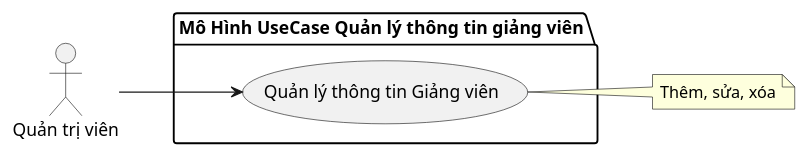
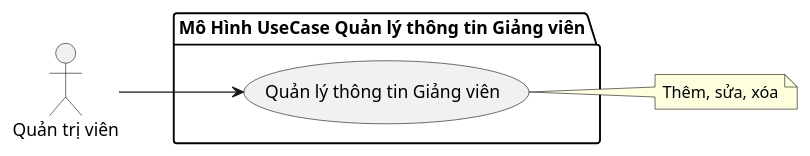
Before and after one commit to NhanNguyen1152/_EduSystem: the diagram in Diagrams/uc_detail_ad_qlttgv.plantuml, drawn with PlantUML. The commit also changed 3 other files, not shown here.

Commit message:
final lan 1 modify diagram

```diff
--- a/Diagrams/uc_detail_ad_qlttgv.plantuml
+++ b/Diagrams/uc_detail_ad_qlttgv.plantuml
@@ -1,19 +1,14 @@
 @startuml uc
 skinparam linetype ortho
 ' scale  2/3
 left to right direction
 actor "Quản trị viên" as ad
 
-package "Mô Hình UseCase Quản lý thông tin giảng viên" {
+package "Mô Hình UseCase Quản lý thông tin Giảng viên" {
   usecase "Quản lý thông tin Giảng viên" as qlttgv
-  'usecase "Đăng nhập" as dn
 }
 
 ad --> qlttgv
 
-' XSP <.. TGH : extend 
-' XGH <.. SX : extend
-' XSP <. XGH : extend
-
  note right of qlttgv : Thêm, sửa, xóa
 @enduml
```
